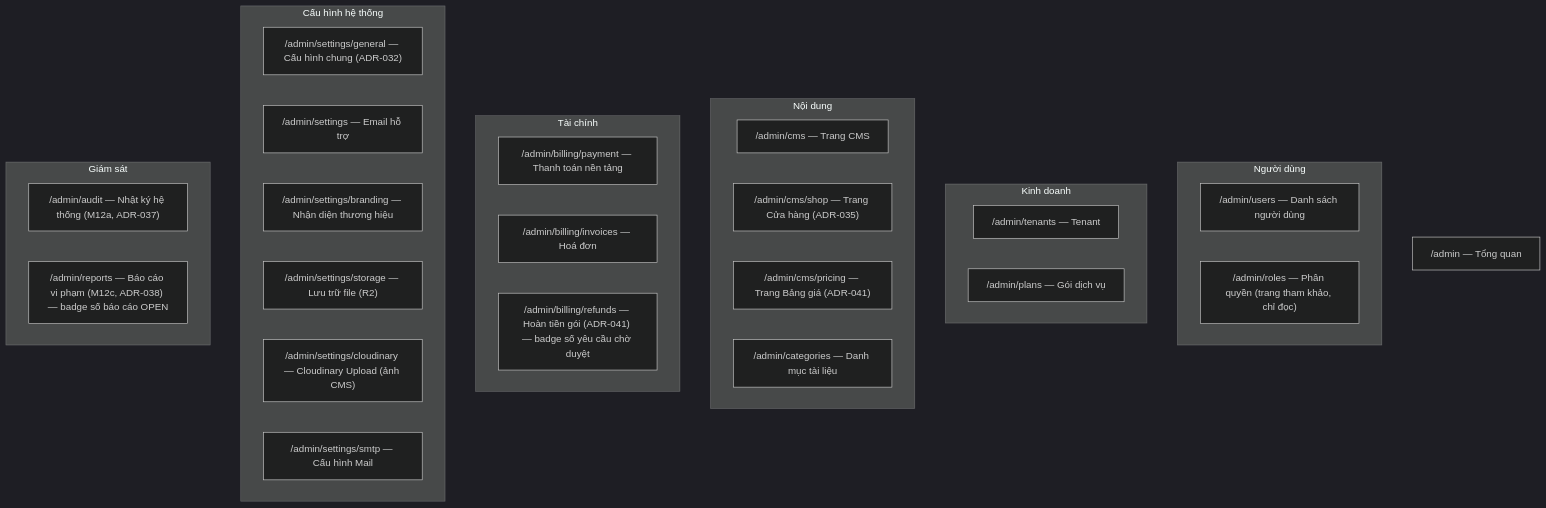
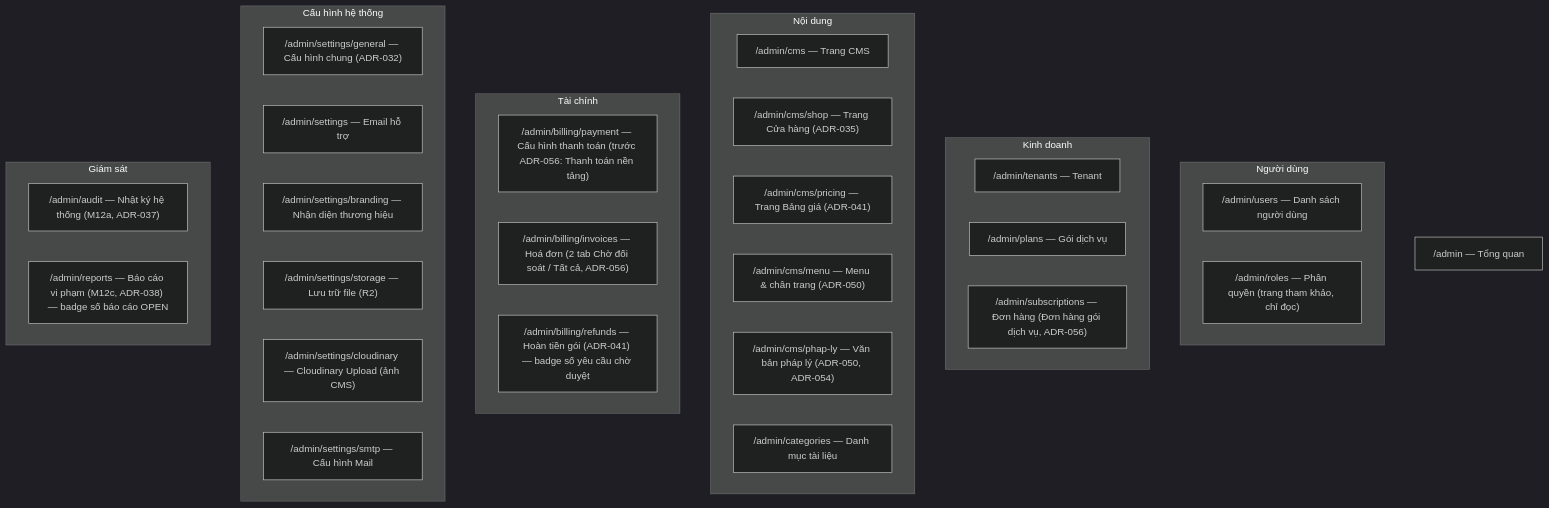
Before and after one commit to vtphong91/gieochu: the first of 2 diagrams in obsidian-knowledge-base/02-System-Specs/User-Management-System-Center-Specs.md, drawn with Mermaid (dark theme). The commit also changed other lines of this file and 168 other files, not shown here.

````diff
--- a/obsidian-knowledge-base/02-System-Specs/User-Management-System-Center-Specs.md
+++ b/obsidian-knowledge-base/02-System-Specs/User-Management-System-Center-Specs.md
@@ -43,35 +43,38 @@
 ```mermaid
 flowchart TB
     Root["/admin — Tổng quan"]
     subgraph G1["Người dùng"]
         U1["/admin/users — Danh sách người dùng"]
         U2["/admin/roles — Phân quyền (trang tham khảo, chỉ đọc)"]
     end
     subgraph G2["Kinh doanh"]
         B1["/admin/tenants — Tenant"]
         B2["/admin/plans — Gói dịch vụ"]
+        B3["/admin/subscriptions — Đơn hàng (Đơn hàng gói dịch vụ, ADR-056)"]
     end
     subgraph G3["Nội dung"]
         C1["/admin/cms — Trang CMS"]
         C3["/admin/cms/shop — Trang Cửa hàng (ADR-035)"]
         C4["/admin/cms/pricing — Trang Bảng giá (ADR-041)"]
+        C5["/admin/cms/menu — Menu & chân trang (ADR-050)"]
+        C6["/admin/cms/phap-ly — Văn bản pháp lý (ADR-050, ADR-054)"]
         C2["/admin/categories — Danh mục tài liệu"]
     end
     subgraph G4["Tài chính"]
-        F1["/admin/billing/payment — Thanh toán nền tảng"]
-        F2["/admin/billing/invoices — Hoá đơn"]
+        F1["/admin/billing/payment — Cấu hình thanh toán (trước ADR-056: Thanh toán nền tảng)"]
+        F2["/admin/billing/invoices — Hoá đơn (2 tab Chờ đối soát / Tất cả, ADR-056)"]
         F3["/admin/billing/refunds — Hoàn tiền gói (ADR-041) — badge số yêu cầu chờ duyệt"]
     end
     subgraph G5["Cấu hình hệ thống"]
         S0["/admin/settings/general — Cấu hình chung (ADR-032)"]
         S1["/admin/settings — Email hỗ trợ"]
         S2["/admin/settings/branding — Nhận diện thương hiệu"]
         S3["/admin/settings/storage — Lưu trữ file (R2)"]
         S4["/admin/settings/cloudinary — Cloudinary Upload (ảnh CMS)"]
         S5["/admin/settings/smtp — Cấu hình Mail"]
     end
     subgraph G6["Giám sát"]
         M1["/admin/audit — Nhật ký hệ thống (M12a, ADR-037)"]
         M2["/admin/reports — Báo cáo vi phạm (M12c, ADR-038) — badge số báo cáo OPEN"]
     end
 ```
````
